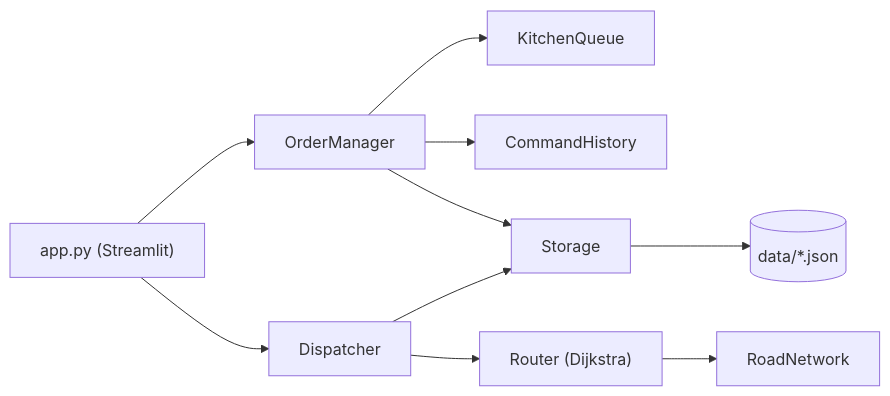
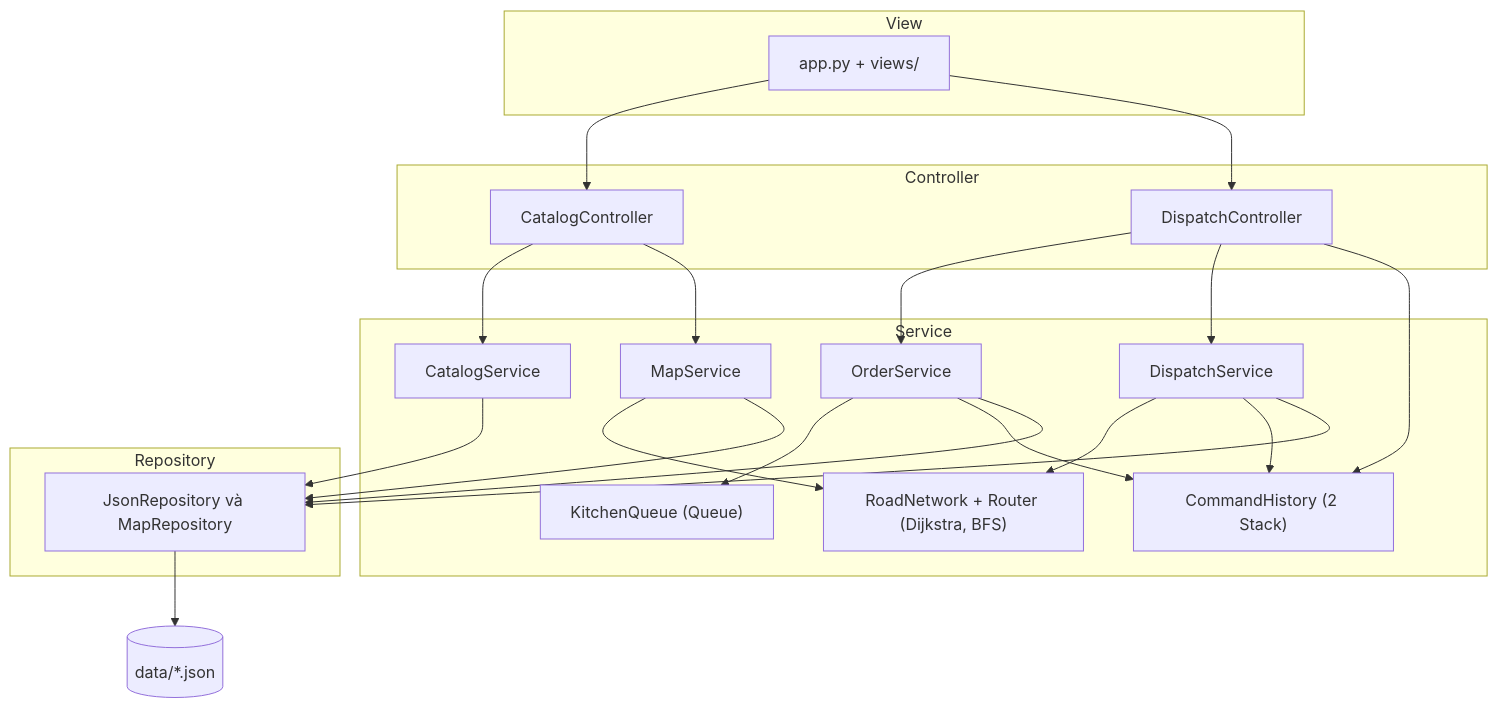
Before and after one commit to HcmusGo/Report-Module_1: the first of 3 diagrams in docs/README.md, drawn with Mermaid. The commit also changed other lines of this file and 47 other files, not shown here.

````diff
--- a/docs/README.md
+++ b/docs/README.md
@@ -74,12 +92,41 @@
 ```mermaid
-flowchart LR
-    UI["app.py (Streamlit)"] --> OM[OrderManager]
-    UI --> DP[Dispatcher]
-    OM --> KQ[KitchenQueue]
-    OM --> HS[CommandHistory]
-    DP --> RT["Router (Dijkstra)"]
-    RT --> RN[RoadNetwork]
-    OM --> ST[Storage]
-    DP --> ST
-    ST --> DATA[("data/*.json")]
+flowchart TB
+    subgraph V["View"]
+        APP["app.py + views/"]
+    end
+    subgraph C["Controller"]
+        CC[CatalogController]
+        DC[DispatchController]
+    end
+    subgraph S["Service"]
+        CS[CatalogService]
+        OS[OrderService]
+        DS[DispatchService]
+        MS[MapService]
+        KQ["KitchenQueue (Queue)"]
+        HI["CommandHistory (2 Stack)"]
+        RN["RoadNetwork + Router (Dijkstra, BFS)"]
+    end
+    subgraph R["Repository"]
+        RP["JsonRepository và MapRepository"]
+    end
+    DATA[("data/*.json")]
+
+    APP --> CC
+    APP --> DC
+    CC --> CS
+    CC --> MS
+    DC --> OS
+    DC --> DS
+    DC --> HI
+    OS --> KQ
+    OS --> HI
+    DS --> RN
+    DS --> HI
+    MS --> RN
+    CS --> RP
+    OS --> RP
+    DS --> RP
+    MS --> RP
+    RP --> DATA
 ```
````
